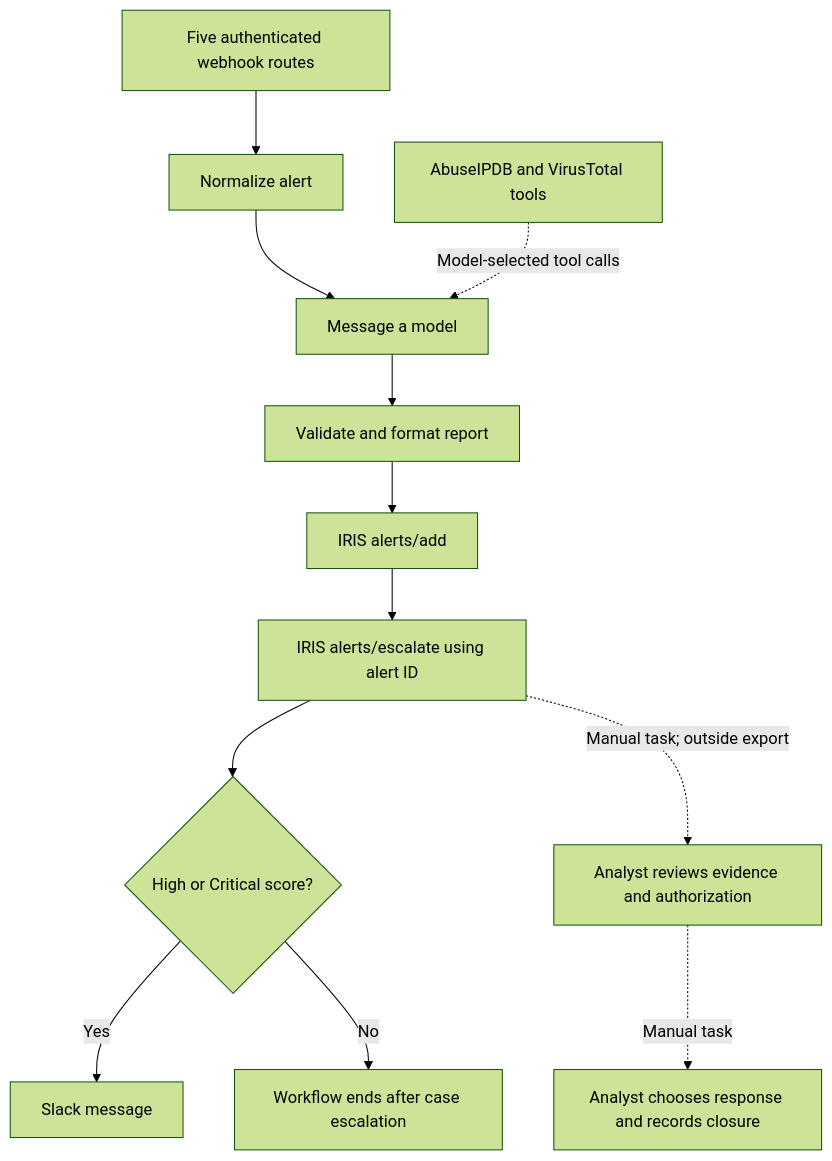
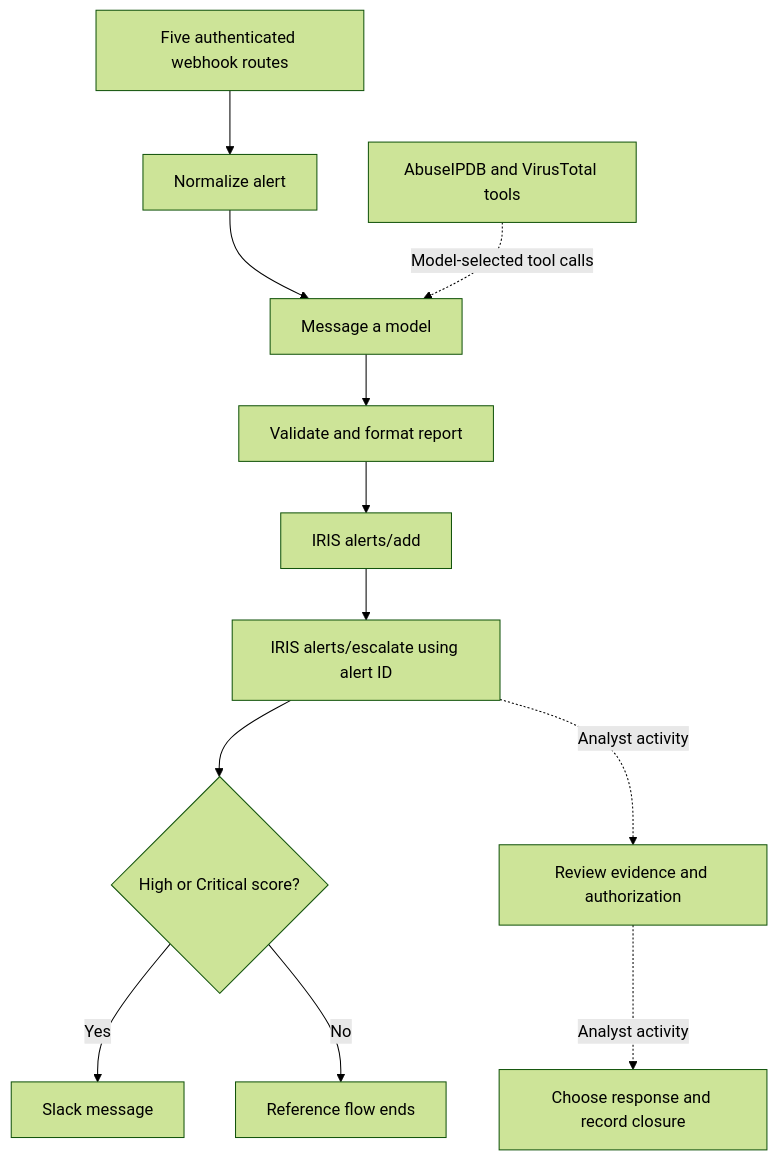
One commit to karrijayanth65/SOC-Automation-Pipeline changed the diagram in docs/current-workflow.md. Above: the diagram before and after it, drawn with Mermaid (forest theme). The commit also changed other lines of this file and 9 other files, not shown here.

````diff
--- a/docs/current-workflow.md
+++ b/docs/current-workflow.md
@@ -7,14 +7,14 @@
 ```mermaid
 flowchart TD
   I[Five authenticated webhook routes] --> N[Normalize alert]
   N --> M[Message a model]
   T[AbuseIPDB and VirusTotal tools] -. Model-selected tool calls .-> M
   M --> F[Validate and format report]
   F --> A[IRIS alerts/add]
   A --> C[IRIS alerts/escalate using alert ID]
   C --> S{High or Critical score?}
   S -->|Yes| L[Slack message]
-  S -->|No| E[Workflow ends after case escalation]
-  C -. Manual task; outside export .-> R[Analyst reviews evidence and authorization]
-  R -. Manual task .-> X[Analyst chooses response and records closure]
+  S -->|No| E[Reference flow ends]
+  C -. Analyst activity .-> R[Review evidence and authorization]
+  R -. Analyst activity .-> X[Choose response and record closure]
 ```
````
